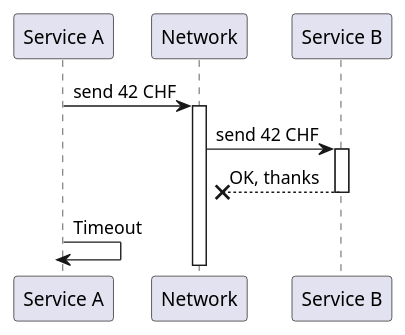
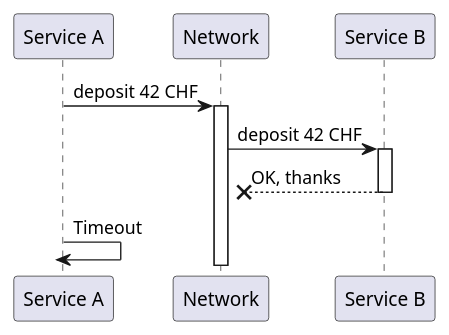
Before and after one commit to olijaun/idontbyte: the fourth of 4 diagrams in _posts/2019-09-23-Idempotence.md, drawn with PlantUML. The commit also changed other lines of this file and 15 other files, not shown here.

```diff
--- a/_posts/2019-09-23-Idempotence.md
+++ b/_posts/2019-09-23-Idempotence.md
@@ -157,14 +155,14 @@
 {% plantuml %}
 participant "Service A" as A
 participant "Network" as N
 participant "Service B" as B
-A -> N: send 42 CHF
+A -> N: deposit 42 CHF
 activate N
-N -> B: send 42 CHF
+N -> B: deposit 42 CHF
 activate B
 N x<-- B: OK, thanks
 deactivate B
 A -> A: Timeout
 
 deactivate A
 {% endplantuml %}
```
